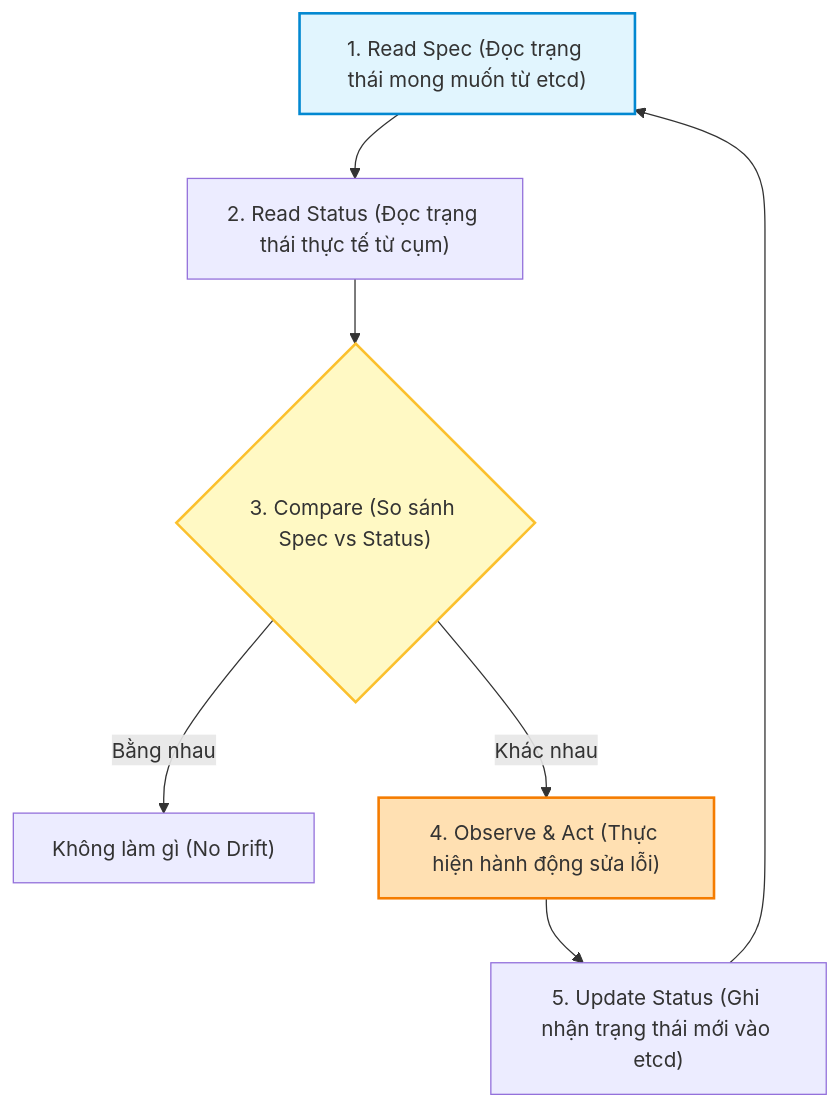
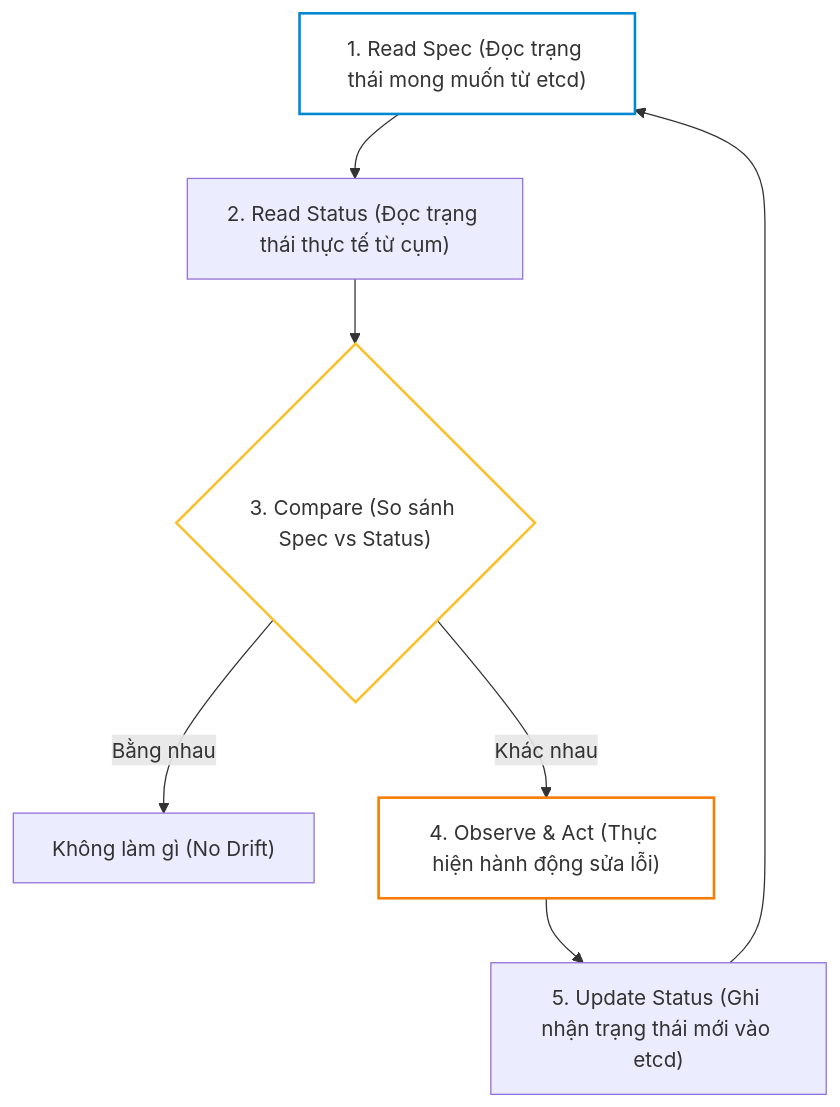
One commit to kiennt308/ntk changed the first of 3 diagrams in _posts/2026-09-12-cka-03-03-doi-tuong-api-va-vong-doi-dieu-hoa.md. Above: the diagram before and after it, drawn with Mermaid. The commit also changed other lines of this file and 207 other files, not shown here.

Commit message:
feat(posts): batch standardize all 208 posts with TL;DR, qa-card accordion, fill:none mermaid, and liquid raw wrappers

````diff
--- a/_posts/2026-09-12-cka-03-03-doi-tuong-api-va-vong-doi-dieu-hoa.md
+++ b/_posts/2026-09-12-cka-03-03-doi-tuong-api-va-vong-doi-dieu-hoa.md
@@ -196,13 +200,13 @@
 ```mermaid
 graph TD
     A["1. Read Spec (Đọc trạng thái mong muốn từ etcd)"] --> B["2. Read Status (Đọc trạng thái thực tế từ cụm)"]
     B --> C{"3. Compare (So sánh Spec vs Status)"}
     C -->|Bằng nhau| D["Không làm gì (No Drift)"]
     C -->|Khác nhau| E["4. Observe & Act (Thực hiện hành động sửa lỗi)"]
     E --> F["5. Update Status (Ghi nhận trạng thái mới vào etcd)"]
     F --> A
 
-    style A fill:#e1f5fe,stroke:#0288d1,stroke-width:2px
-    style C fill:#fff9c4,stroke:#fbc02d,stroke-width:2px
-    style E fill:#ffe0b2,stroke:#f57c00,stroke-width:2px
+    style A fill:none,stroke:#0288d1,stroke-width:2px
+    style C fill:none,stroke:#fbc02d,stroke-width:2px
+    style E fill:none,stroke:#f57c00,stroke-width:2px
 ```
````
